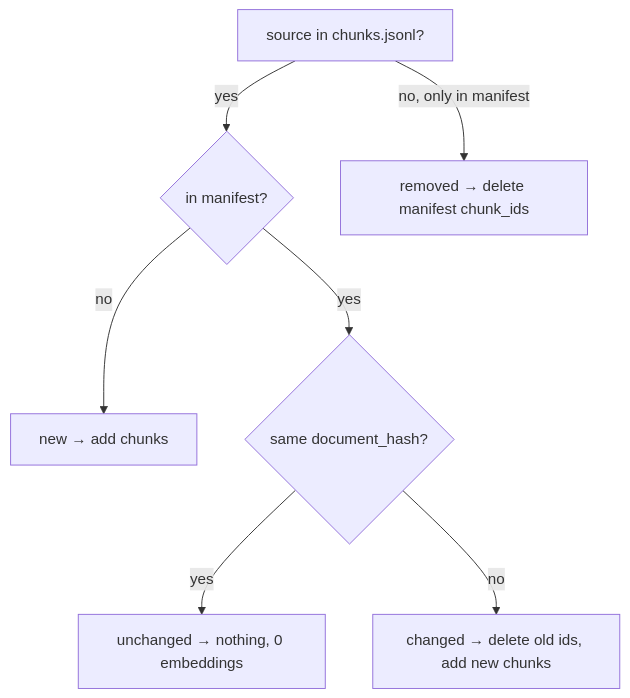
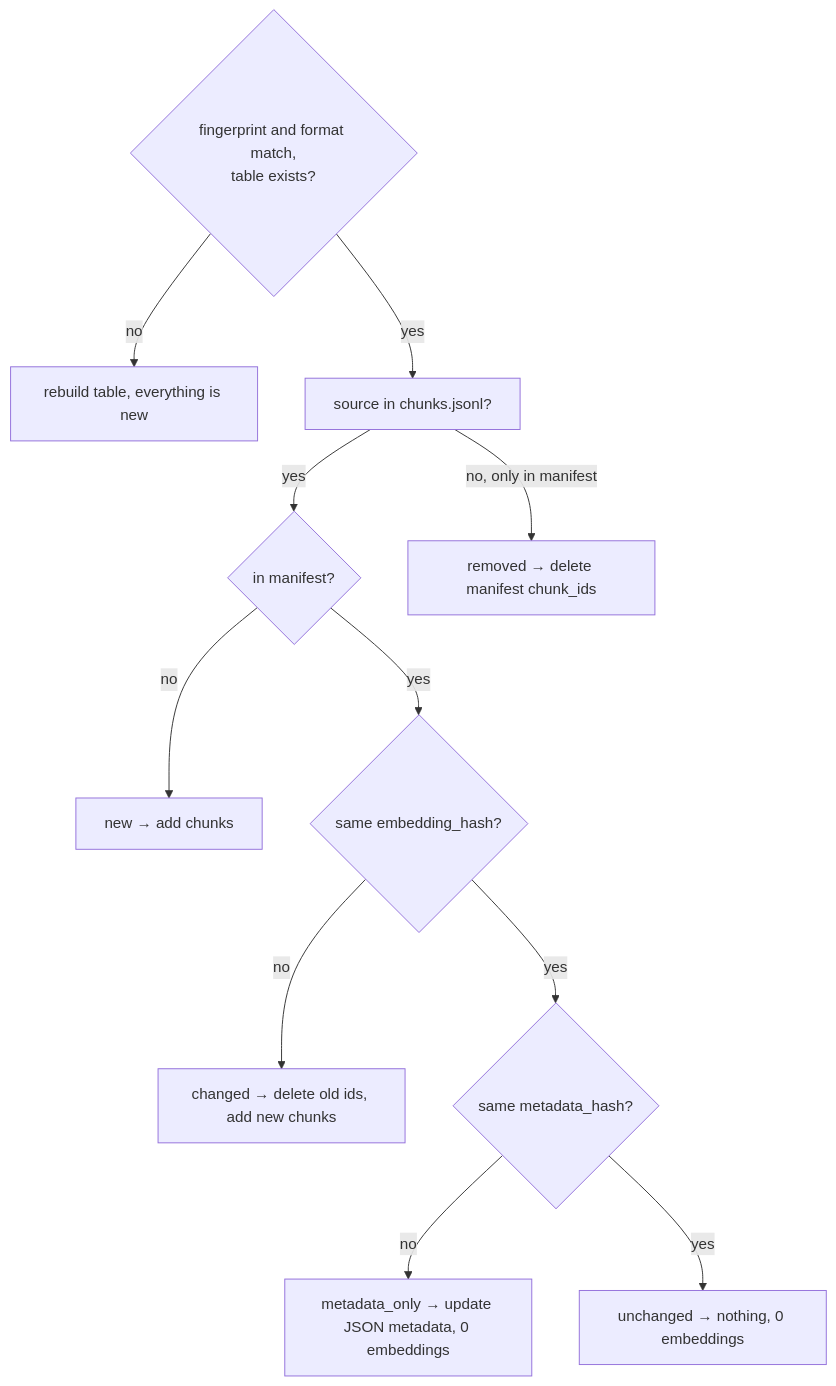
Before and after one commit to alessandrotraversi/rag-advanced-concepts: the second of 3 diagrams in docs/design-doc.md, drawn with Mermaid. The commit also changed other lines of this file, not shown here.

Commit message:
docs(design-doc): describe the version registry, split hashes and index fingerprint

````diff
--- a/docs/design-doc.md
+++ b/docs/design-doc.md
@@ -475,9 +491,13 @@
 ```mermaid
 flowchart TD
-    A[source in chunks.jsonl?] -->|yes| B{in manifest?}
+    F{fingerprint and format match,<br/>table exists?} -->|no| RB[rebuild table, everything is new]
+    F -->|yes| A[source in chunks.jsonl?]
+    A -->|yes| B{in manifest?}
     A -->|no, only in manifest| R[removed → delete manifest chunk_ids]
     B -->|no| N[new → add chunks]
-    B -->|yes| C{same document_hash?}
-    C -->|yes| U[unchanged → nothing, 0 embeddings]
+    B -->|yes| C{same embedding_hash?}
     C -->|no| CH[changed → delete old ids, add new chunks]
+    C -->|yes| M{same metadata_hash?}
+    M -->|no| MO[metadata_only → update JSON metadata, 0 embeddings]
+    M -->|yes| U[unchanged → nothing, 0 embeddings]
 ```
````
